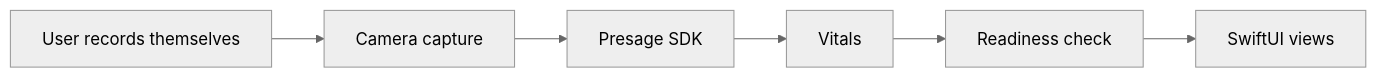
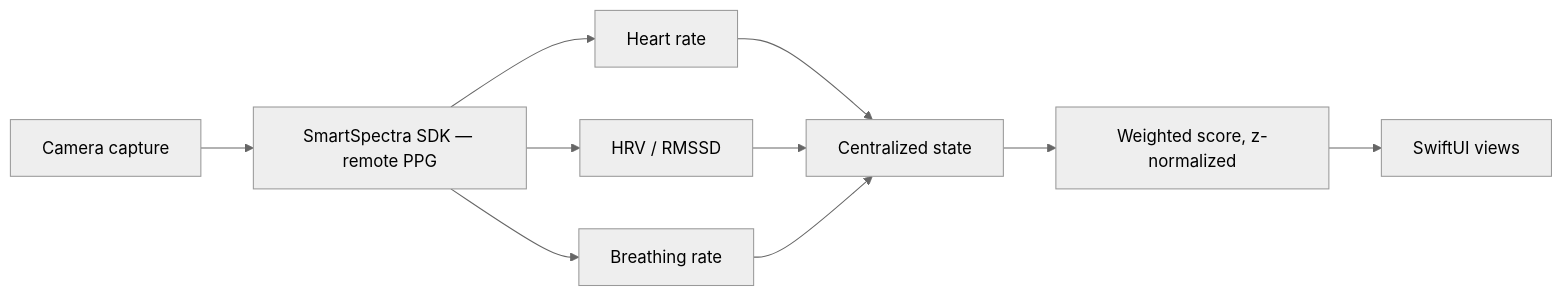
One commit to tylerp63/updated-portfolio changed the diagram in content/vitaledge.mdx. Above: the diagram before and after it, drawn with Mermaid (neutral theme). The commit also changed other lines of this file and 11 other files, not shown here.

````diff
--- a/content/vitaledge.mdx
+++ b/content/vitaledge.mdx
@@ -21,8 +15,12 @@
 ```mermaid
 flowchart LR
-  User[User records themselves] --> Cam[Camera capture]
-  Cam --> SDK[Presage SDK]
-  SDK --> Vitals[Vitals]
-  Vitals --> Readiness[Readiness check]
-  Readiness --> Views[SwiftUI views]
+  Cam[Camera capture] --> SDK["SmartSpectra SDK — remote PPG"]
+  SDK --> HR[Heart rate]
+  SDK --> HRV["HRV / RMSSD"]
+  SDK --> BR[Breathing rate]
+  HR --> Store[Centralized state]
+  HRV --> Store
+  BR --> Store
+  Store --> Score["Weighted score, z-normalized"]
+  Score --> Views[SwiftUI views]
 ```
````
